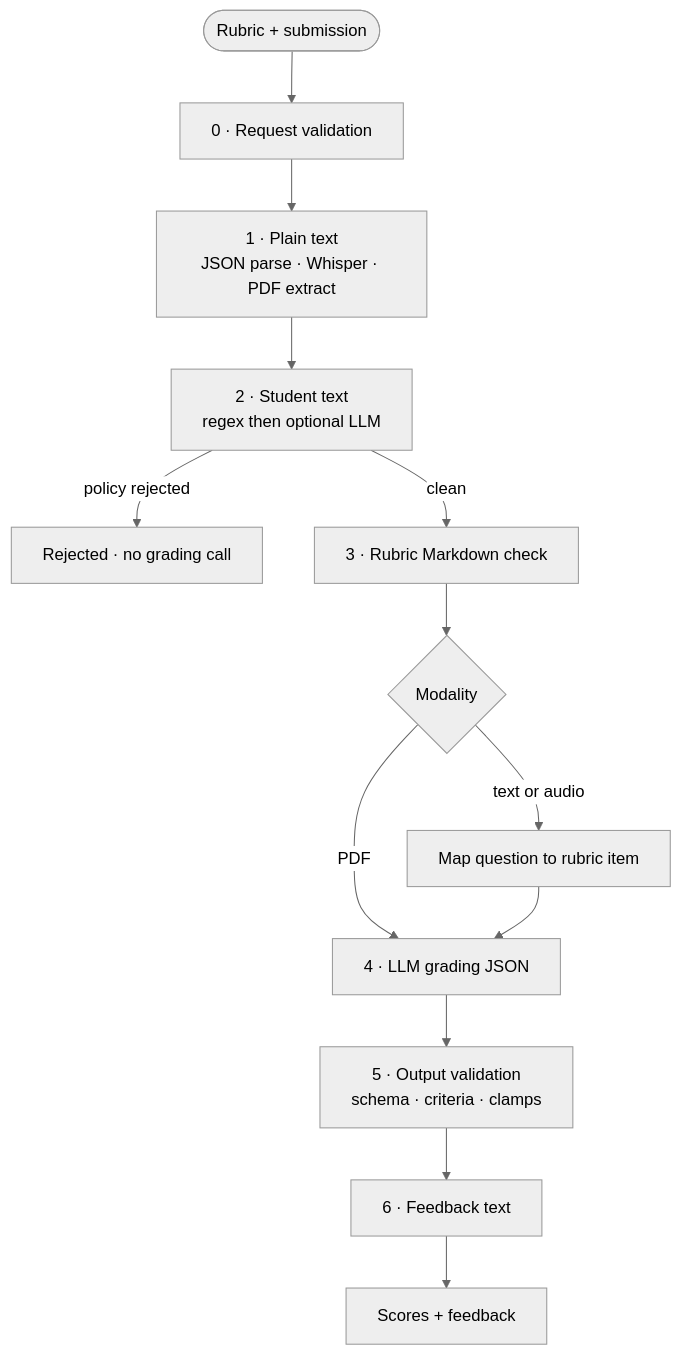
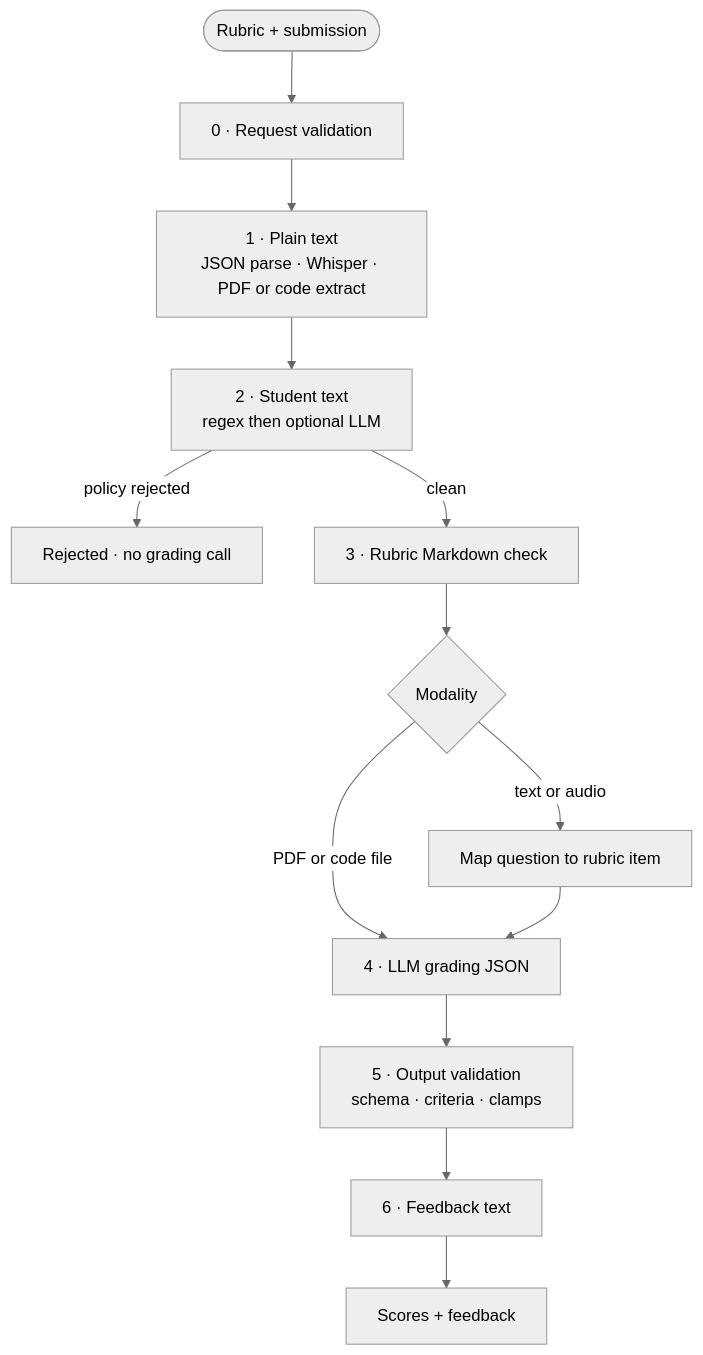
Before and after one commit to jazorro11/grader-agent: the diagram in README.md, drawn with Mermaid (neutral theme). The commit also changed other lines of this file and 31 other files, not shown here.

````diff
--- a/README.md
+++ b/README.md
@@ -32,15 +32,15 @@
 ```mermaid
 flowchart TD
   IN([Rubric + submission]) --> S0[0 · Request validation]
-  S0 --> S1[1 · Plain text<br/>JSON parse · Whisper · PDF extract]
+  S0 --> S1[1 · Plain text<br/>JSON parse · Whisper · PDF or code extract]
   S1 --> S2[2 · Student text<br/>regex then optional LLM]
   S2 -->|policy rejected| RJ[Rejected · no grading call]
   S2 -->|clean| S3[3 · Rubric Markdown check]
   S3 --> MOD{Modality}
   MOD -->|text or audio| MAP[Map question to rubric item]
-  MOD -->|PDF| S4[4 · LLM grading JSON]
+  MOD -->|PDF or code file| S4[4 · LLM grading JSON]
   MAP --> S4
   S4 --> S5[5 · Output validation<br/>schema · criteria · clamps]
   S5 --> S6[6 · Feedback text]
   S6 --> OK[Scores + feedback]
 ```
````
